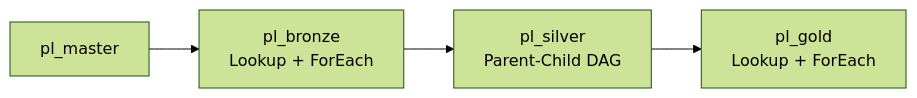
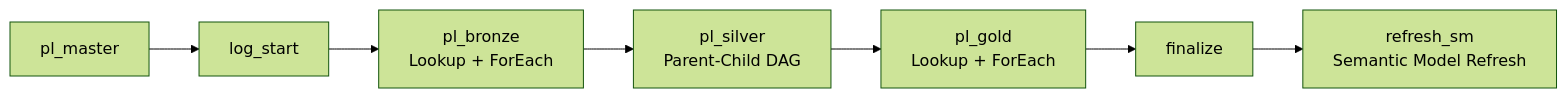
The second of 7 diagrams in README.md (ankinguyen-engineer-2002/Fabric-v9-Warehouse-Medallion), drawn with Mermaid (forest theme) before and after one commit. The commit also changed other lines of this file and 6 other files, not shown here.

First line of the commit message:
Add Semantic Model to architecture + update all 7 docs

````diff
--- a/README.md
+++ b/README.md
@@ -83,6 +84,9 @@
 ```mermaid
 flowchart LR
-    M["pl_master"] --> B["pl_bronze\nLookup + ForEach"]
+    M["pl_master"] --> LS["log_start"]
+    LS --> B["pl_bronze\nLookup + ForEach"]
     B --> S["pl_silver\nParent-Child DAG"]
     S --> G["pl_gold\nLookup + ForEach"]
+    G --> FN["finalize"]
+    FN --> SM["refresh_sm\nSemantic Model Refresh"]
 ```
````
